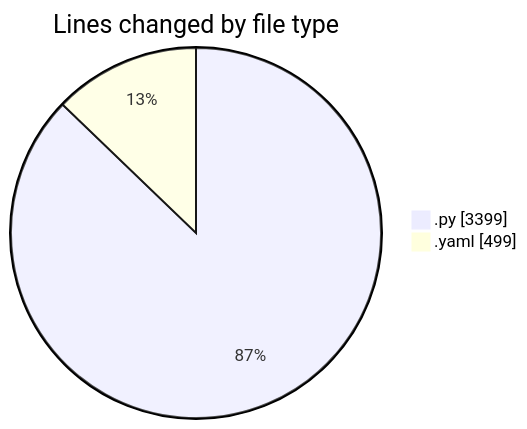
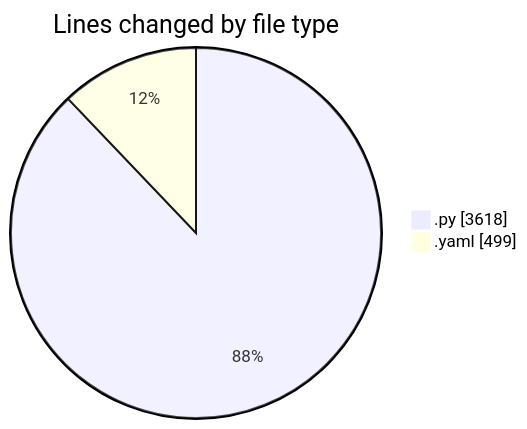
One commit to MatusMokan/code-tracking changed the first of 2 diagrams in 2025-03-01/myws__workspace_/README.md. Above: the diagram before and after it, drawn with Mermaid. The commit also changed other lines of this file and 1 other file, not shown here.

````diff
--- a/2025-03-01/myws__workspace_/README.md
+++ b/2025-03-01/myws__workspace_/README.md
@@ -28,6 +29,6 @@
 ```mermaid
 pie showData
 title Lines changed by file type
-".py" : 3399
+".py" : 3618
 ".yaml" : 499
 ```
````
